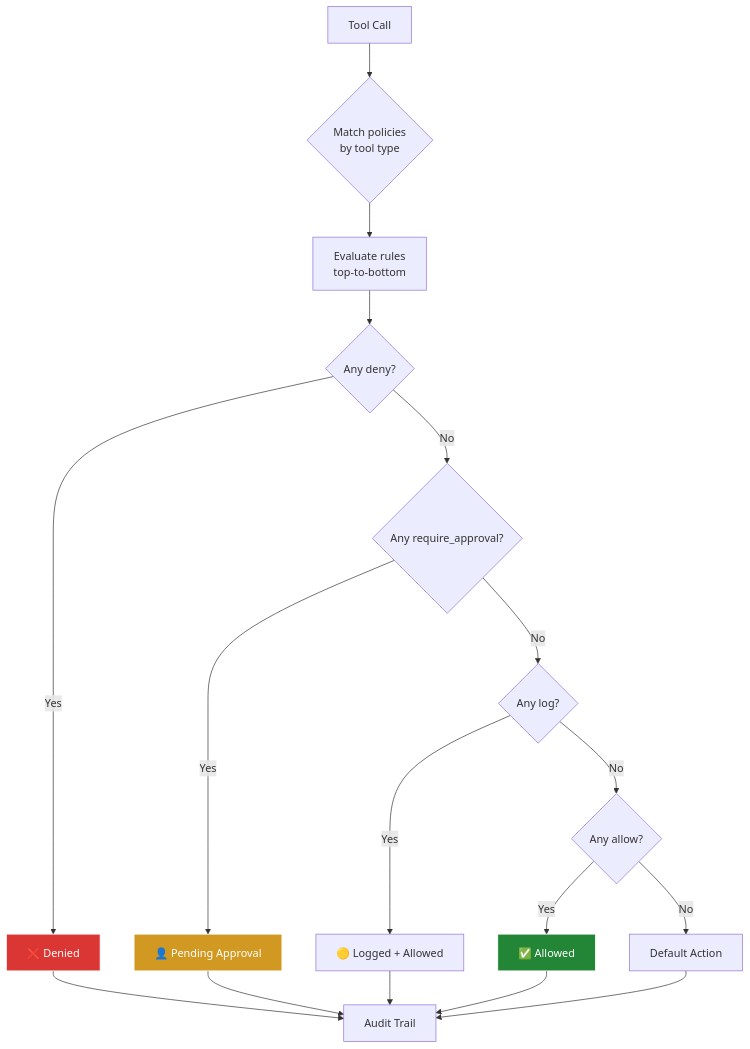
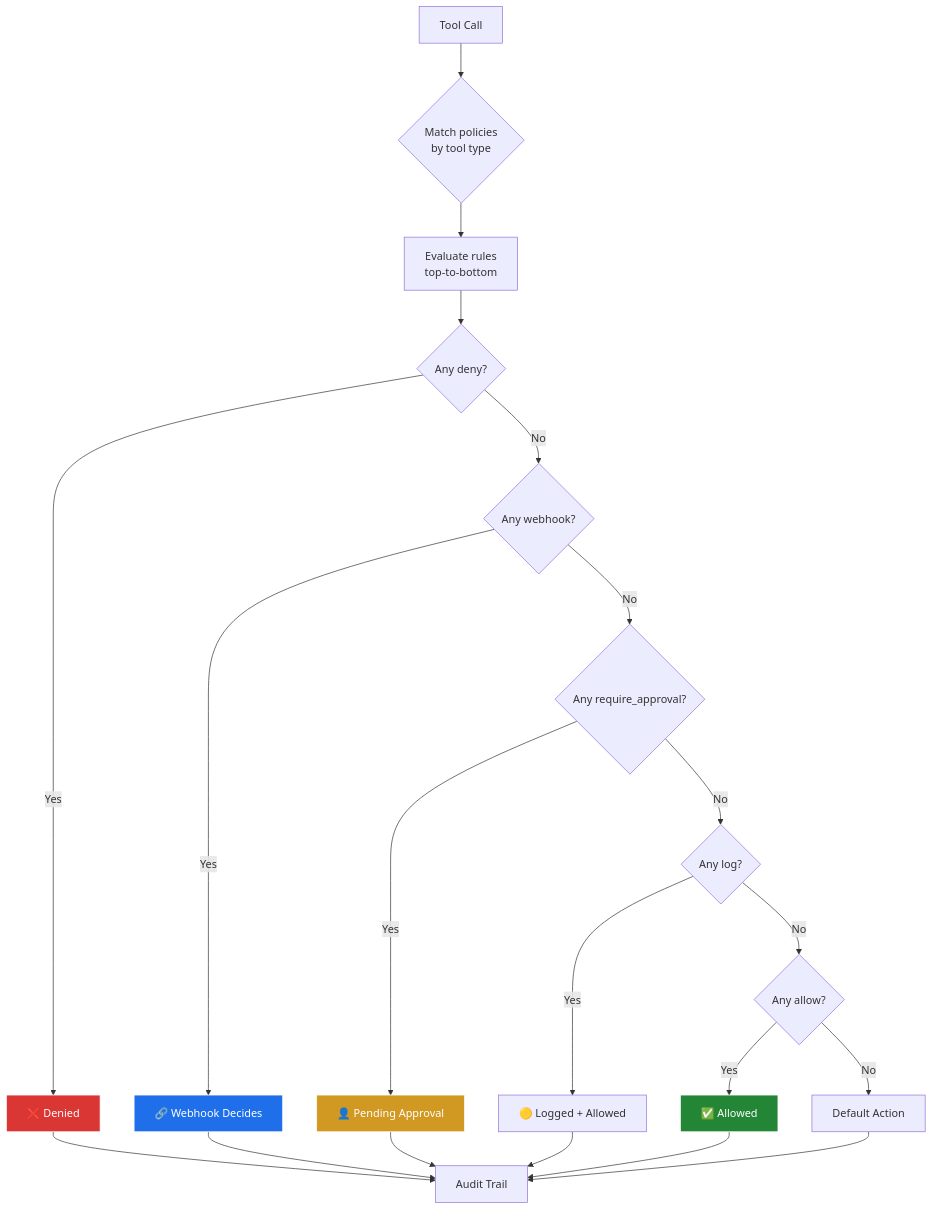
The diagram in docs-site/features/policy-engine.md (peg/rampart), drawn with Mermaid before and after one commit. The commit also changed 2 other files, not shown here.

Commit message:
docs: fix diagram accuracy against actual codebase
- policy-engine: add missing webhook action (deny > webhook > approval > log > allow)
- architecture: remove fake 'Interceptors' box (they're inline enrichment),
  add webhook decision path, remove dashboard from audit outputs (daemon-only)
- README: remove dashboard from observability subgraph (not an audit sink)

Verified against internal/engine/engine.go eval order and
internal/proxy/server.go + internal/daemon/api.go routes.

````diff
--- a/docs-site/features/policy-engine.md
+++ b/docs-site/features/policy-engine.md
@@ -7,23 +7,27 @@
 ```mermaid
 graph TD
     TC[Tool Call] --> M{Match policies<br/>by tool type}
     M --> R[Evaluate rules<br/>top-to-bottom]
     R --> D{Any deny?}
     D -->|Yes| DENY[❌ Denied]
-    D -->|No| AP{Any require_approval?}
+    D -->|No| WH{Any webhook?}
+    WH -->|Yes| WEBHOOK[🔗 Webhook Decides]
+    WH -->|No| AP{Any require_approval?}
     AP -->|Yes| APPROVAL[👤 Pending Approval]
     AP -->|No| L{Any log?}
     L -->|Yes| LOG[🟡 Logged + Allowed]
     L -->|No| A{Any allow?}
     A -->|Yes| ALLOW[✅ Allowed]
     A -->|No| DEF[Default Action]
     DENY --> AU[Audit Trail]
+    WEBHOOK --> AU
     APPROVAL --> AU
     LOG --> AU
     ALLOW --> AU
     DEF --> AU
 
     style DENY fill:#da3633,stroke:#fff,color:#fff
+    style WEBHOOK fill:#1f6feb,stroke:#fff,color:#fff
     style APPROVAL fill:#d29922,stroke:#fff,color:#fff
     style ALLOW fill:#238636,stroke:#fff,color:#fff
 ```
````
